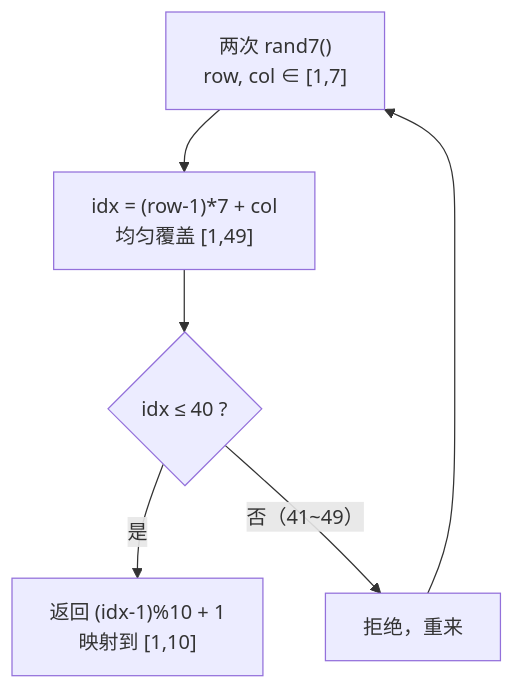
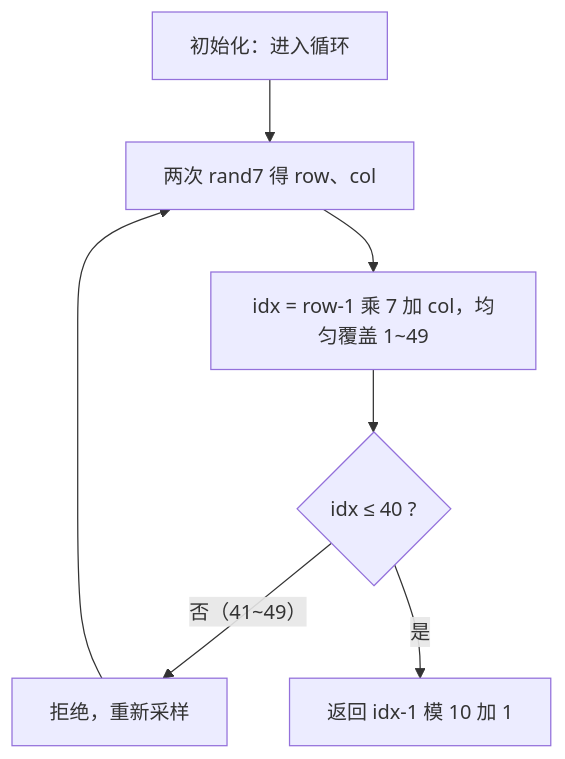
The first of 2 diagrams in 19-大厂加餐/字节加餐/0470-用Rand7实现Rand10.md (OctalZero/hot100-py), drawn with Mermaid before and after one commit. The commit also changed other lines of this file and 117 other files, not shown here.

First line of the commit message:
feat: 全题解配图升级为「动画式 mermaid」（总览骨架 + 横向时间线逐步推演）

````diff
--- a/19-大厂加餐/字节加餐/0470-用Rand7实现Rand10.md
+++ b/19-大厂加餐/字节加餐/0470-用Rand7实现Rand10.md
@@ -20,8 +20,9 @@
 ```mermaid
 flowchart TD
-    A["两次 rand7()<br/>row, col ∈ [1,7]"] --> B["idx = (row-1)*7 + col<br/>均匀覆盖 [1,49]"]
-    B --> C{"idx ≤ 40 ?"}
-    C -- "是" --> D["返回 (idx-1)%10 + 1<br/>映射到 [1,10]"]
-    C -- "否（41~49）" --> E["拒绝，重来"]
-    E --> A
+    A["初始化：进入循环"] --> B["两次 rand7 得 row、col"]
+    B --> C["idx = row-1 乘 7 加 col，均匀覆盖 1~49"]
+    C --> D{"idx ≤ 40 ?"}
+    D -->|"否（41~49）"| E["拒绝，重新采样"]
+    E --> B
+    D -->|"是"| F["返回 idx-1 模 10 加 1"]
 ```
````
